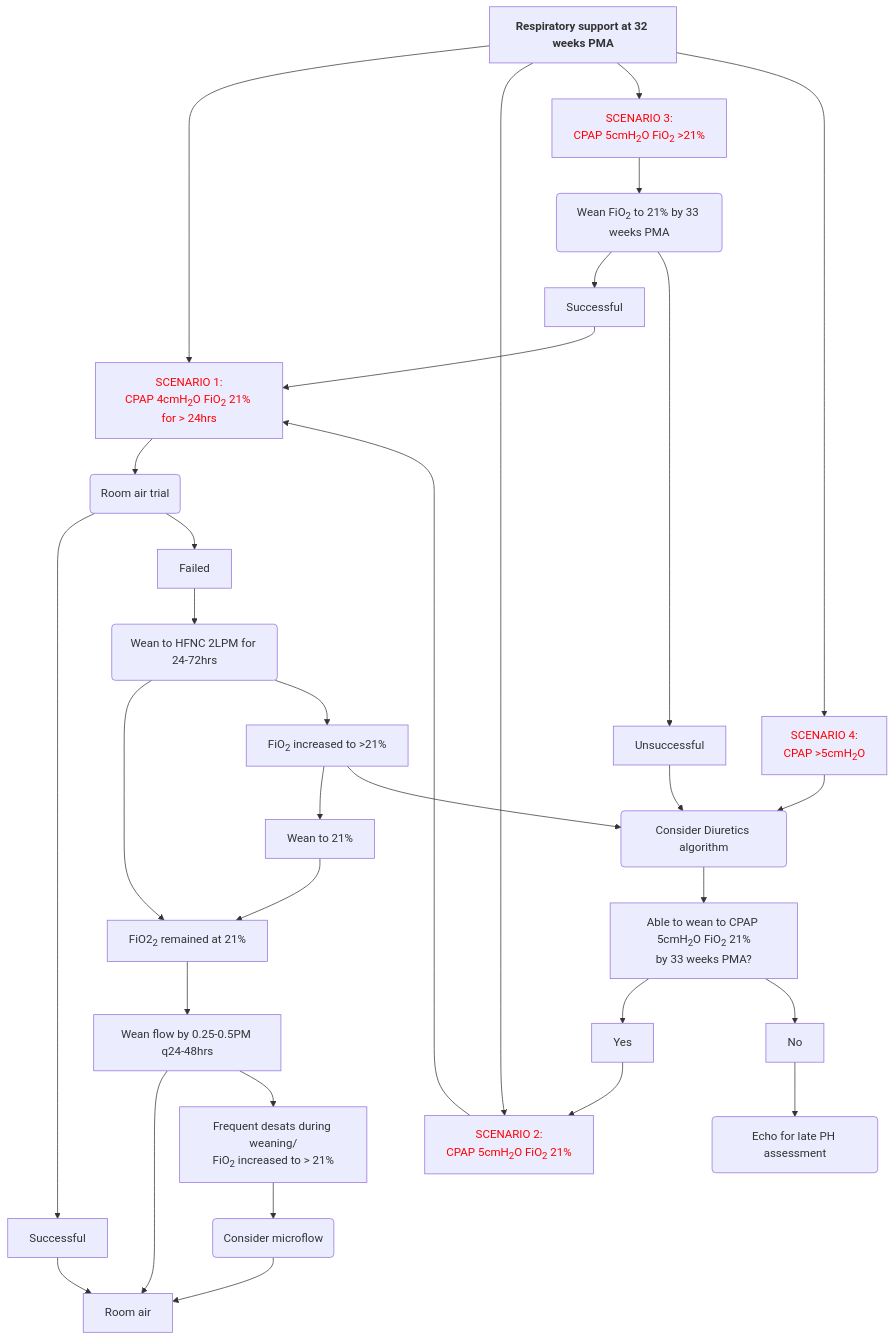
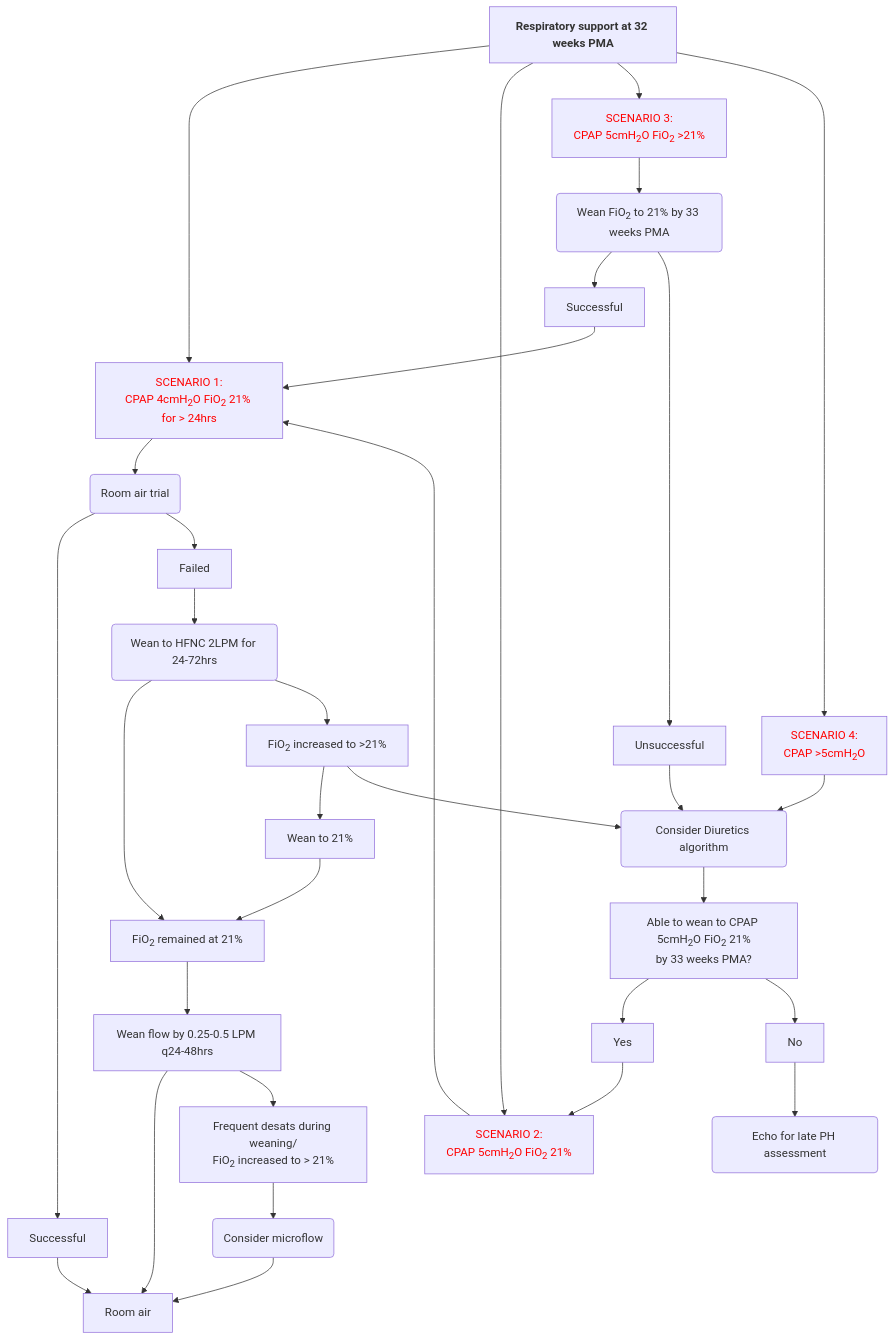
The first of 2 diagrams in respiratory.qmd (fschou-pxt/RMC-NICU-Manual), drawn with Mermaid before and after one commit. The commit also changed other lines of this file and 25 other files, not shown here.

````diff
--- a/respiratory.qmd
+++ b/respiratory.qmd
@@ -638,36 +638,36 @@
 ```{mermaid}
 
 flowchart TD
 
 a["<strong>Respiratory support at 32 weeks PMA</strong>"] --> b["<span style='color:red;'>SCENARIO 1:<br>CPAP 4cmH<sub>2</sub>O FiO<sub>2</sub> 21% for > 24hrs</span>"]
 a --> c["<span style='color:red;'>SCENARIO 2:<br>CPAP 5cmH<sub>2</sub>O FiO<sub>2</sub> 21%</span>"]
 a --> d["<span style='color:red;'>SCENARIO 3:<br>CPAP 5cmH<sub>2</sub>O FiO<sub>2</sub> &gt;21%</span>"]
 a --> e["<span style='color:red;'>SCENARIO 4:<br>CPAP >5cmH<sub>2</sub>O</span>"]
 c --> b
 b --> f("Room air trial")
 f --> g["Successful"]
 f --> h["Failed"]
 g --> j["Room air"]
 h --> i("Wean to HFNC 2LPM for 24-72hrs")
-i --> p["FiO2<sub>2</sub> remained at 21%"]
+i --> p["FiO<sub>2</sub> remained at 21%"]
 i --> q["FiO<sub>2</sub> increased to >21%"]
 q --> s["Wean to 21%"]
 s --> p
-p --> r["Wean flow by 0.25-0.5PM q24-48hrs"]
+p --> r["Wean flow by 0.25-0.5 LPM q24-48hrs"]
 d --> k("Wean FiO<sub>2</sub> to 21% by 33 weeks PMA")
 k --> l["Successful"]
 k --> m["Unsuccessful"]
 l --> b
 m --> o("Consider Diuretics algorithm")
 e --> o
 q --> o
 r --> j
 r --> t["Frequent desats during weaning/<br>FiO<sub>2</sub> increased to > 21%"]
 t --> u("Consider microflow")
 u --> j
 o --> v["Able to wean to CPAP 5cmH<sub>2</sub>O FiO<sub>2</sub> 21%<br>by 33 weeks PMA?"]
 v --> w["Yes"]
 v --> x["No"]
 x --> y("Echo for late PH assessment")
 w --> c
 ```
````
